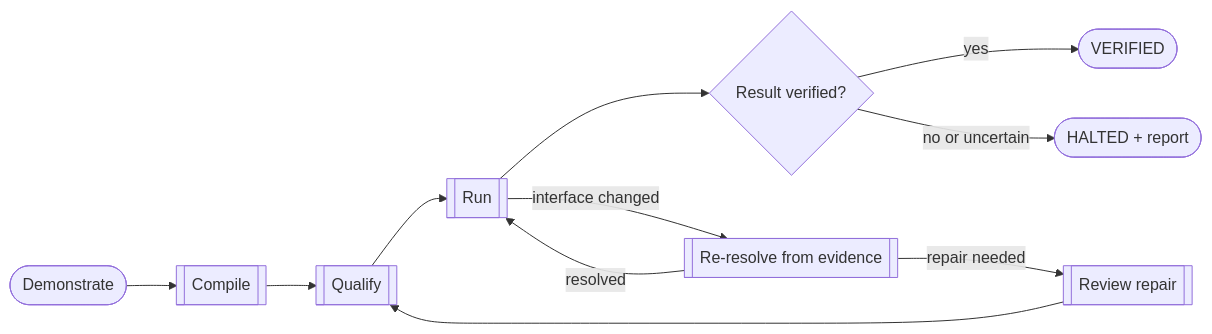
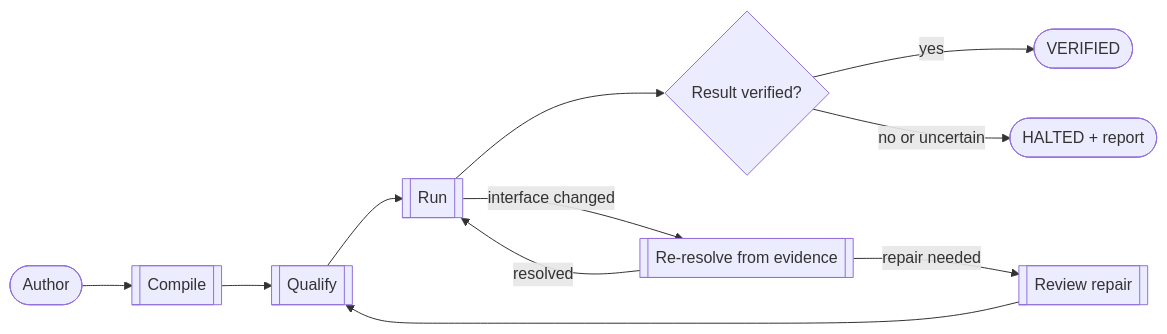
The diagram in docs/index.md (OpenAdaptAI/openadapt-ops), drawn with Mermaid before and after one commit. The commit also changed other lines of this file and 7 other files, not shown here.

````diff
--- a/docs/index.md
+++ b/docs/index.md
@@ -81,13 +91,13 @@
 ```mermaid
 flowchart LR
-    A([Demonstrate]) --> B[[Compile]]
+    A([Author]) --> B[[Compile]]
     B --> C[[Qualify]]
     C --> D[[Run]]
     D --> E{Result verified?}
     E -->|yes| F([VERIFIED])
     E -->|no or uncertain| G([HALTED + report])
     D -->|interface changed| H[[Re-resolve from evidence]]
     H -->|resolved| D
     H -->|repair needed| I[[Review repair]]
     I --> C
 ```
````
